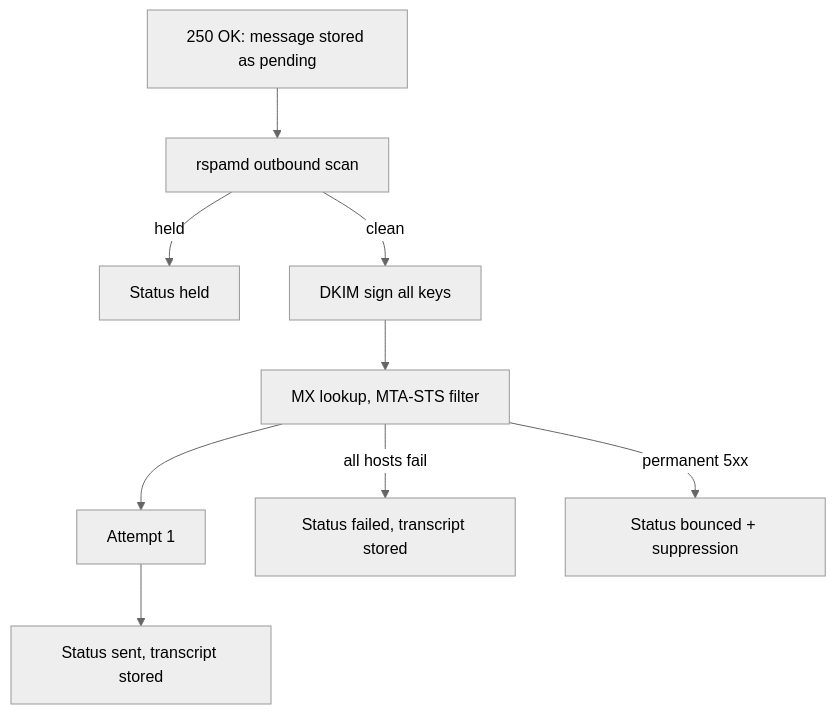
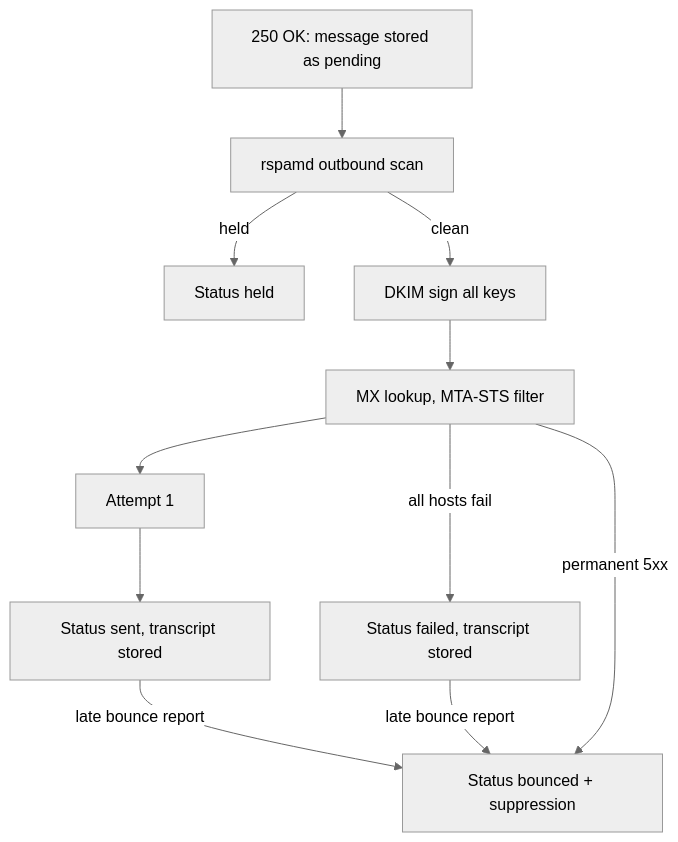
Before and after one commit to codingjoe/relay: the first of 2 diagrams in docs/docs/reliability.md, drawn with Mermaid (neutral theme). The commit also changed other lines of this file and 20 other files, not shown here.

````diff
--- a/docs/docs/reliability.md
+++ b/docs/docs/reliability.md
@@ -18,11 +18,13 @@
 ```mermaid
 flowchart TD
     A[250 OK: message stored as pending] --> B[rspamd outbound scan]
     B -- held --> C[Status held]
     B -- clean --> D[DKIM sign all keys]
     D --> E[MX lookup, MTA-STS filter]
     E --> F[Attempt 1]
     F --> G[Status sent, transcript stored]
+    G -- late bounce report --> I
     E -- all hosts fail --> H[Status failed, transcript stored]
+    H -- late bounce report --> I
     E -- permanent 5xx --> I[Status bounced + suppression]
 ```
````
